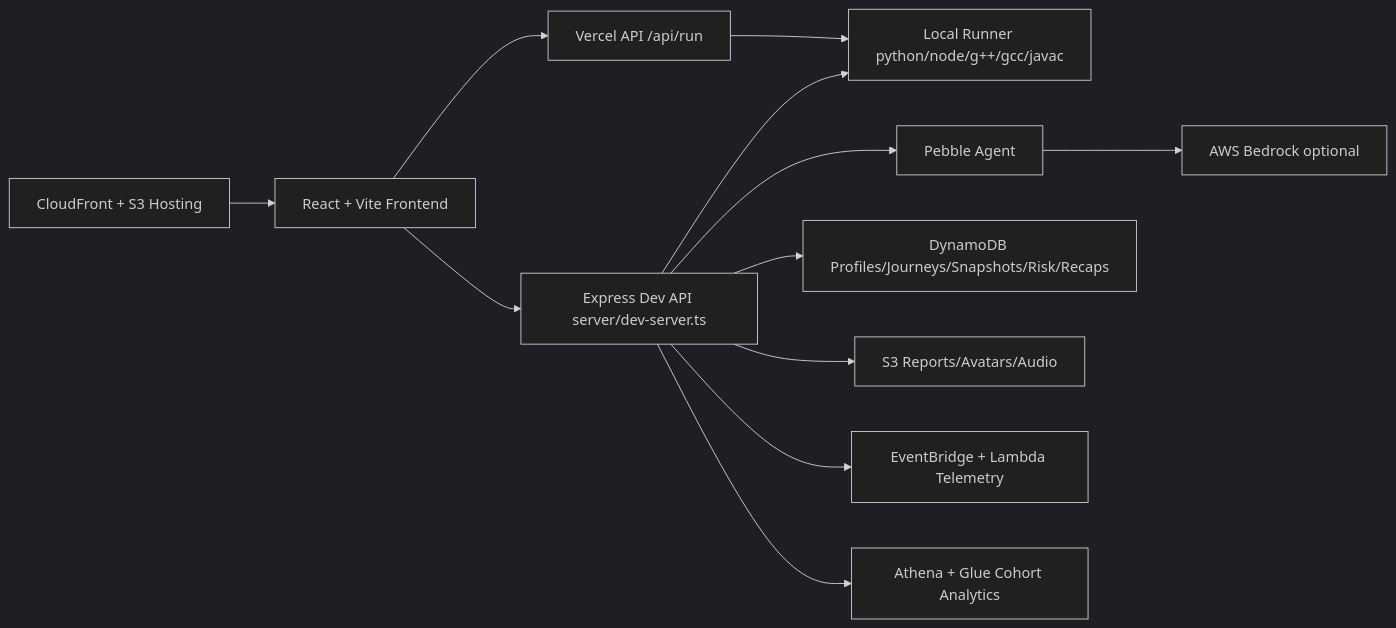
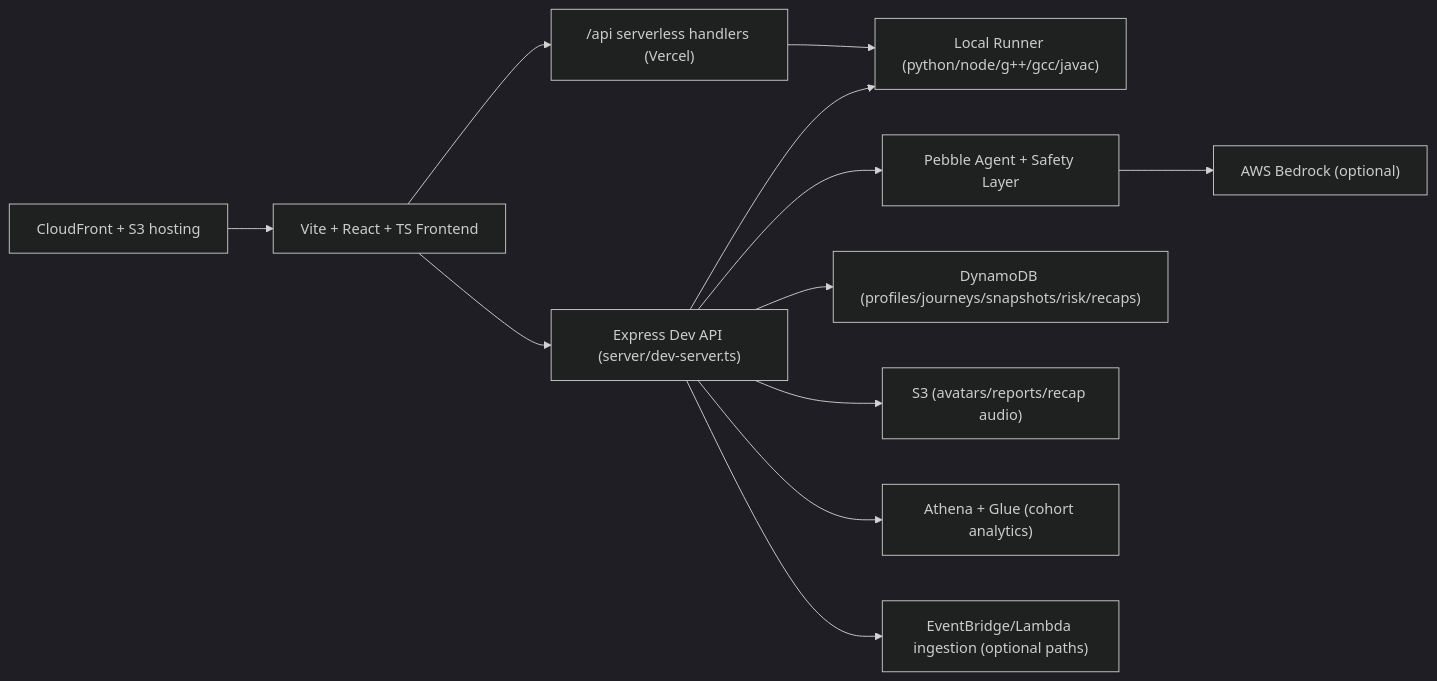
One commit to addyvantage/PebbleCode changed the diagram in README.md. Above: the diagram before and after it, drawn with Mermaid (dark theme). The commit also changed other lines of this file, not shown here.

````diff
--- a/README.md
+++ b/README.md
@@ -96,17 +116,18 @@
 ```mermaid
 flowchart LR
-    A[React + Vite Frontend] --> B[Express Dev API server/dev-server.ts]
-    A --> C[Vercel API /api/run]
-    B --> D[Local Runner python/node/g++/gcc/javac]
-    C --> D
+  FE["Vite + React + TS Frontend"] --> DEV["Express Dev API (server/dev-server.ts)"]
+  FE --> VERCEL["/api serverless handlers (Vercel)"]
 
-    B --> E[Pebble Agent]
-    E --> F[AWS Bedrock optional]
+  DEV --> RUNNER["Local Runner (python/node/g++/gcc/javac)"]
+  VERCEL --> RUNNER
 
-    B --> G[DynamoDB Profiles/Journeys/Snapshots/Risk/Recaps]
-    B --> H[S3 Reports/Avatars/Audio]
-    B --> I[EventBridge + Lambda Telemetry]
-    B --> J[Athena + Glue Cohort Analytics]
+  DEV --> AGENT["Pebble Agent + Safety Layer"]
+  AGENT --> BEDROCK["AWS Bedrock (optional)"]
 
-    K[CloudFront + S3 Hosting] --> A
+  DEV --> DDB["DynamoDB (profiles/journeys/snapshots/risk/recaps)"]
+  DEV --> S3["S3 (avatars/reports/recap audio)"]
+  DEV --> ATHENA["Athena + Glue (cohort analytics)"]
+  DEV --> EB["EventBridge/Lambda ingestion (optional paths)"]
+
+  CF["CloudFront + S3 hosting"] --> FE
 ```
````
